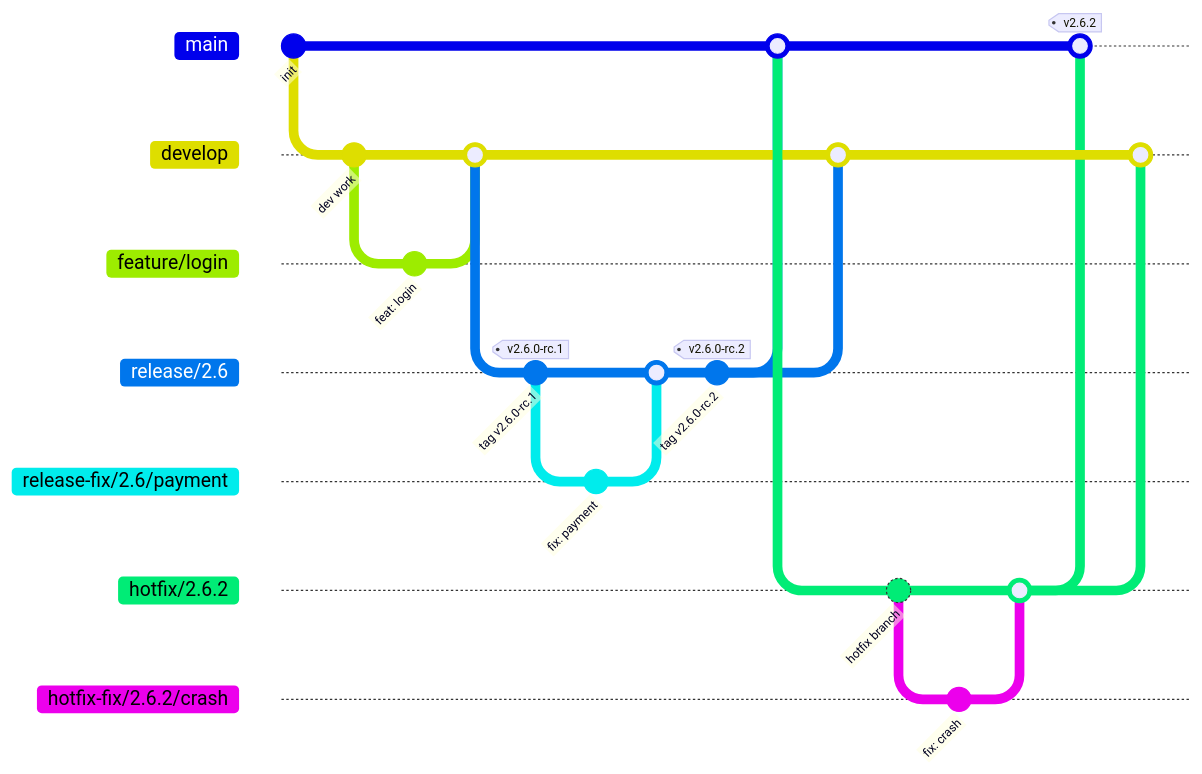
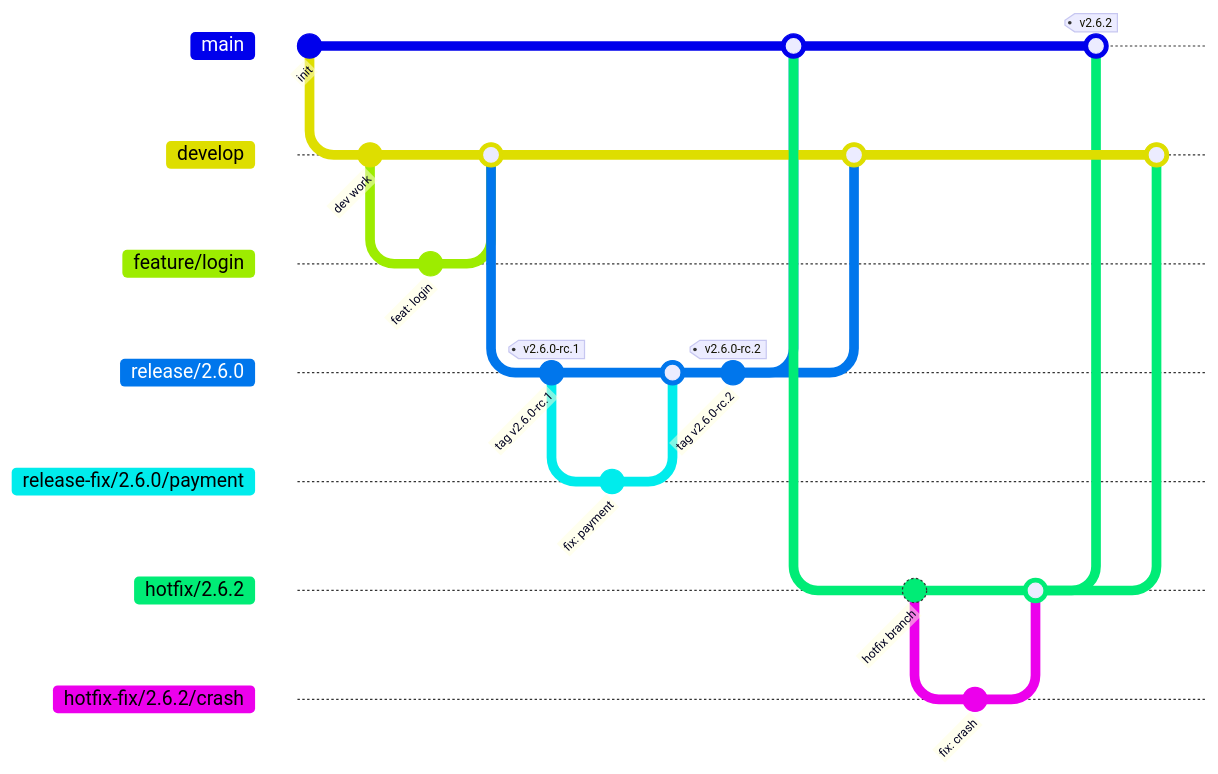
The first of 6 diagrams in README.md (Beans-BV/beans-gitflow), drawn with Mermaid before and after one commit. The commit also changed other lines of this file and 7 other files, not shown here.

First line of the commit message:
refactor: use full semver in release branch names

````diff
--- a/README.md
+++ b/README.md
@@ -39,32 +39,32 @@
 ```mermaid
 gitGraph
     commit id: "init"
     branch develop
     commit id: "dev work"
     branch feature/login
     commit id: "feat: login"
     checkout develop
     merge feature/login
-    branch release/2.6
+    branch release/2.6.0
     commit id: "tag v2.6.0-rc.1" tag: "v2.6.0-rc.1"
-    branch release-fix/2.6/payment
+    branch release-fix/2.6.0/payment
     commit id: "fix: payment"
-    checkout release/2.6
-    merge release-fix/2.6/payment
+    checkout release/2.6.0
+    merge release-fix/2.6.0/payment
     commit id: "tag v2.6.0-rc.2" tag: "v2.6.0-rc.2"
     checkout main
-    merge release/2.6
+    merge release/2.6.0
     checkout develop
-    merge release/2.6
+    merge release/2.6.0
     checkout main
     branch hotfix/2.6.2
     commit id: "hotfix branch"
     branch hotfix-fix/2.6.2/crash
     commit id: "fix: crash"
     checkout hotfix/2.6.2
     merge hotfix-fix/2.6.2/crash
     checkout main
     merge hotfix/2.6.2 tag: "v2.6.2"
     checkout develop
     merge hotfix/2.6.2
 ```
````
